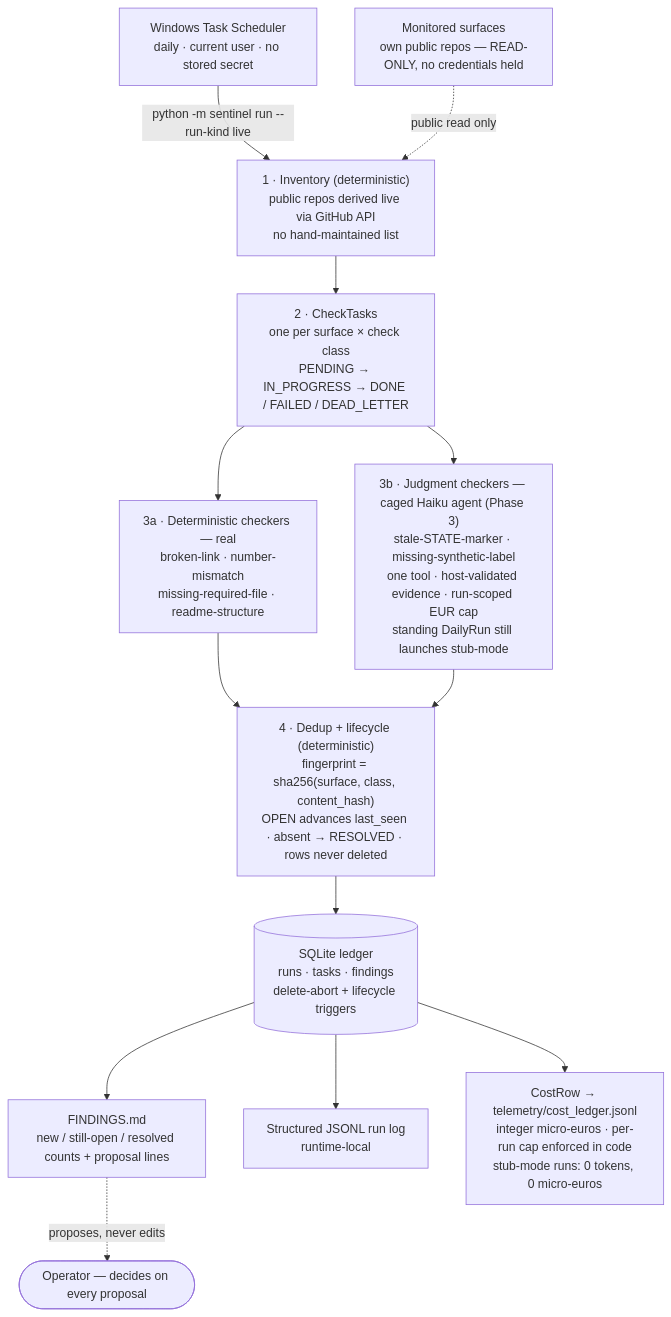
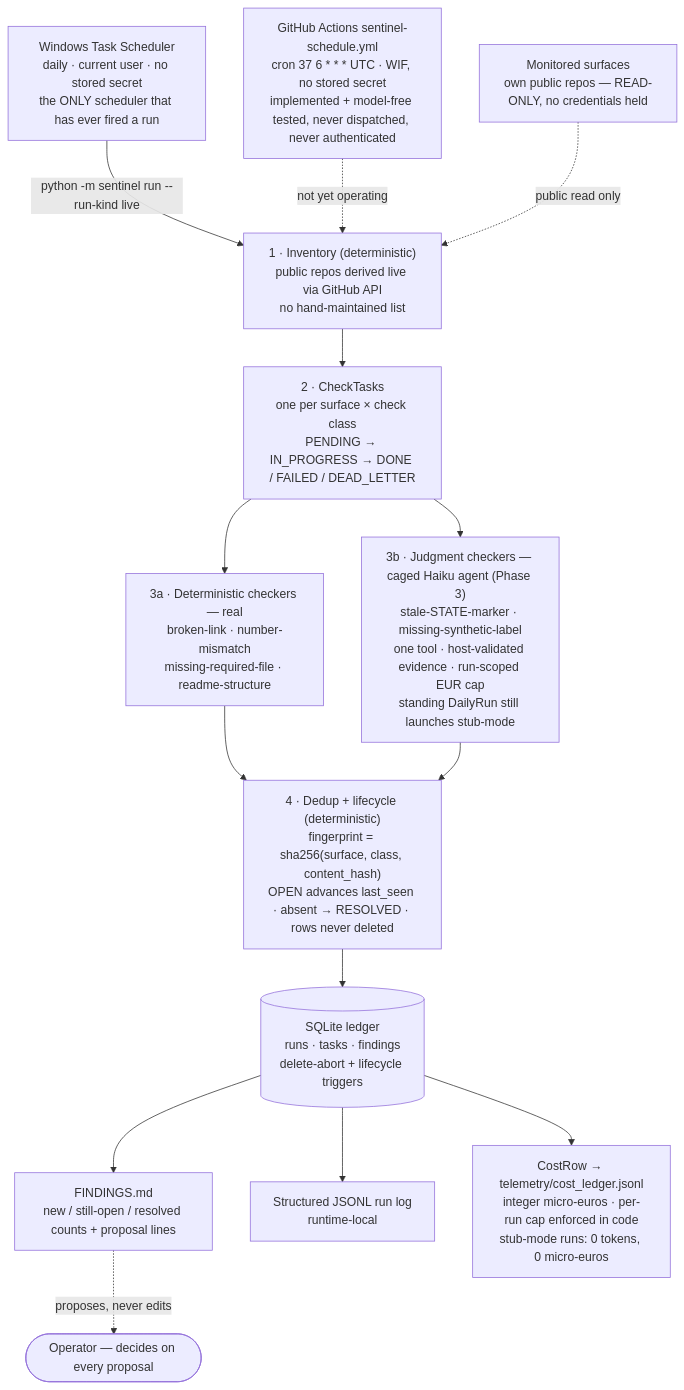
One commit to kobescak-kristian/ai-portfolio-sentinel changed the diagram in README.md. Above: the diagram before and after it, drawn with Mermaid. The commit also changed other lines of this file and 39 other files, not shown here.

````diff
--- a/README.md
+++ b/README.md
@@ -55,28 +55,30 @@
 ```mermaid
 flowchart TD
-  SCH["Windows Task Scheduler<br/>daily · current user · no stored secret"]
+  SCH["Windows Task Scheduler<br/>daily · current user · no stored secret<br/>the ONLY scheduler that has ever fired a run"]
+  GHA["GitHub Actions sentinel-schedule.yml<br/>cron 37 6 * * * UTC · WIF, no stored secret<br/>implemented + model-free tested, never dispatched, never authenticated"]
   MON["Monitored surfaces<br/>own public repos — READ-ONLY, no credentials held"]
   INV["1 · Inventory (deterministic)<br/>public repos derived live via GitHub API<br/>no hand-maintained list"]
   TSK["2 · CheckTasks<br/>one per surface × check class<br/>PENDING → IN_PROGRESS → DONE / FAILED / DEAD_LETTER"]
   DET["3a · Deterministic checkers — real<br/>broken-link · number-mismatch<br/>missing-required-file · readme-structure"]
   STB["3b · Judgment checkers — caged Haiku agent (Phase 3)<br/>stale-STATE-marker · missing-synthetic-label<br/>one tool · host-validated evidence · run-scoped EUR cap<br/>standing DailyRun still launches stub-mode"]
   DED["4 · Dedup + lifecycle (deterministic)<br/>fingerprint = sha256(surface, class, content_hash)<br/>OPEN advances last_seen · absent → RESOLVED · rows never deleted"]
   DB[("SQLite ledger<br/>runs · tasks · findings<br/>delete-abort + lifecycle triggers")]
   FND["FINDINGS.md<br/>new / still-open / resolved counts + proposal lines"]
   LOG["Structured JSONL run log<br/>runtime-local"]
   CST["CostRow → telemetry/cost_ledger.jsonl<br/>integer micro-euros · per-run cap enforced in code<br/>stub-mode runs: 0 tokens, 0 micro-euros"]
   OPR(["Operator — decides on every proposal"])
 
   SCH -->|"python -m sentinel run --run-kind live"| INV
+  GHA -.->|"not yet operating"| INV
   MON -.->|"public read only"| INV
   INV --> TSK
   TSK --> DET
   TSK --> STB
   DET --> DED
   STB --> DED
   DED --> DB
   DB --> FND
   DB --> LOG
   DB --> CST
   FND -.->|"proposes, never edits"| OPR
 ```
````
